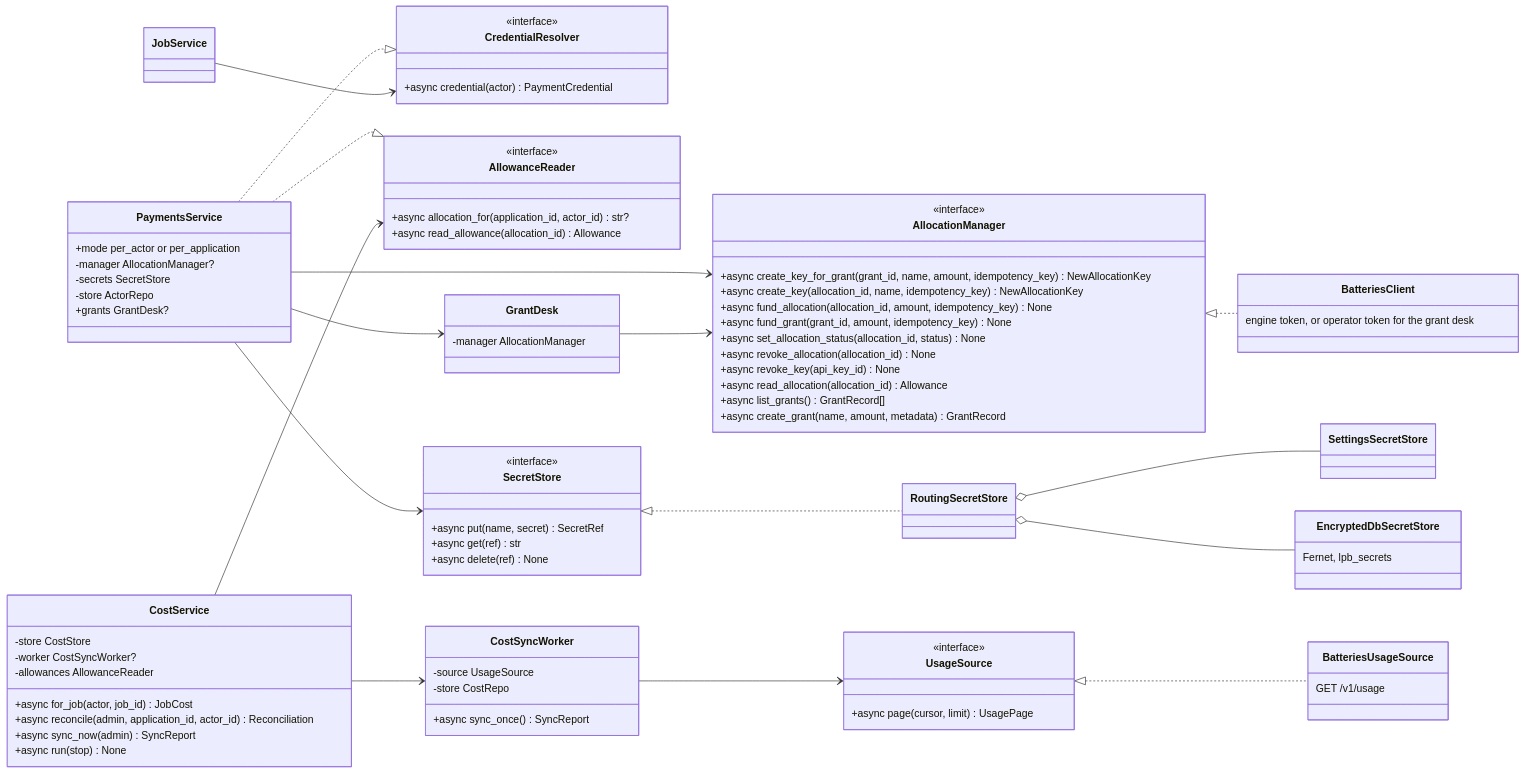
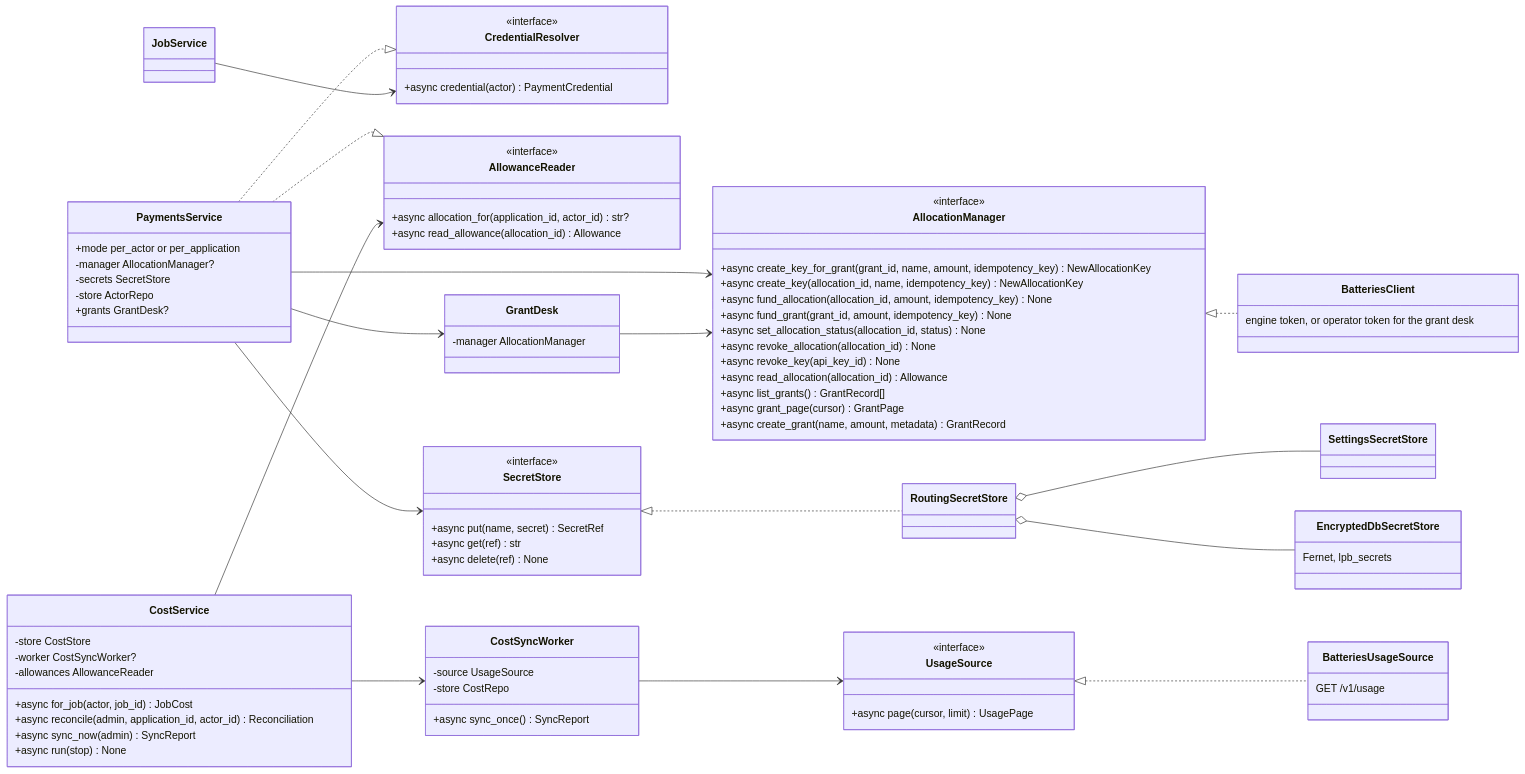
One commit to NE-Build-Track/livepeer-builder-core changed the fifth of 18 diagrams in docs/design-docs/interfaces-and-http-servers.md. Above: the diagram before and after it, drawn with Mermaid. The commit also changed 12 other files, not shown here.

```diff
--- a/docs/design-docs/interfaces-and-http-servers.md
+++ b/docs/design-docs/interfaces-and-http-servers.md
@@ -364,6 +364,7 @@
         +async revoke_key(api_key_id) None
         +async read_allocation(allocation_id) Allowance
         +async list_grants() GrantRecord[]
+        +async grant_page(cursor) GrantPage
         +async create_grant(name, amount, metadata) GrantRecord
     }
     class UsageSource {
```
